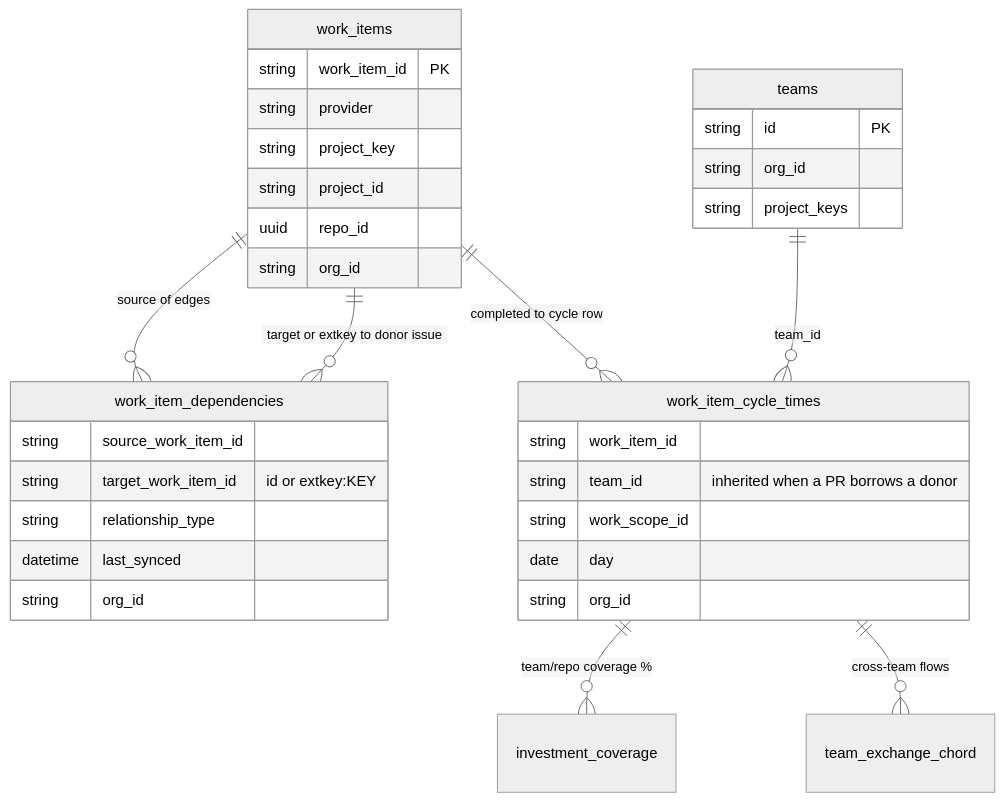
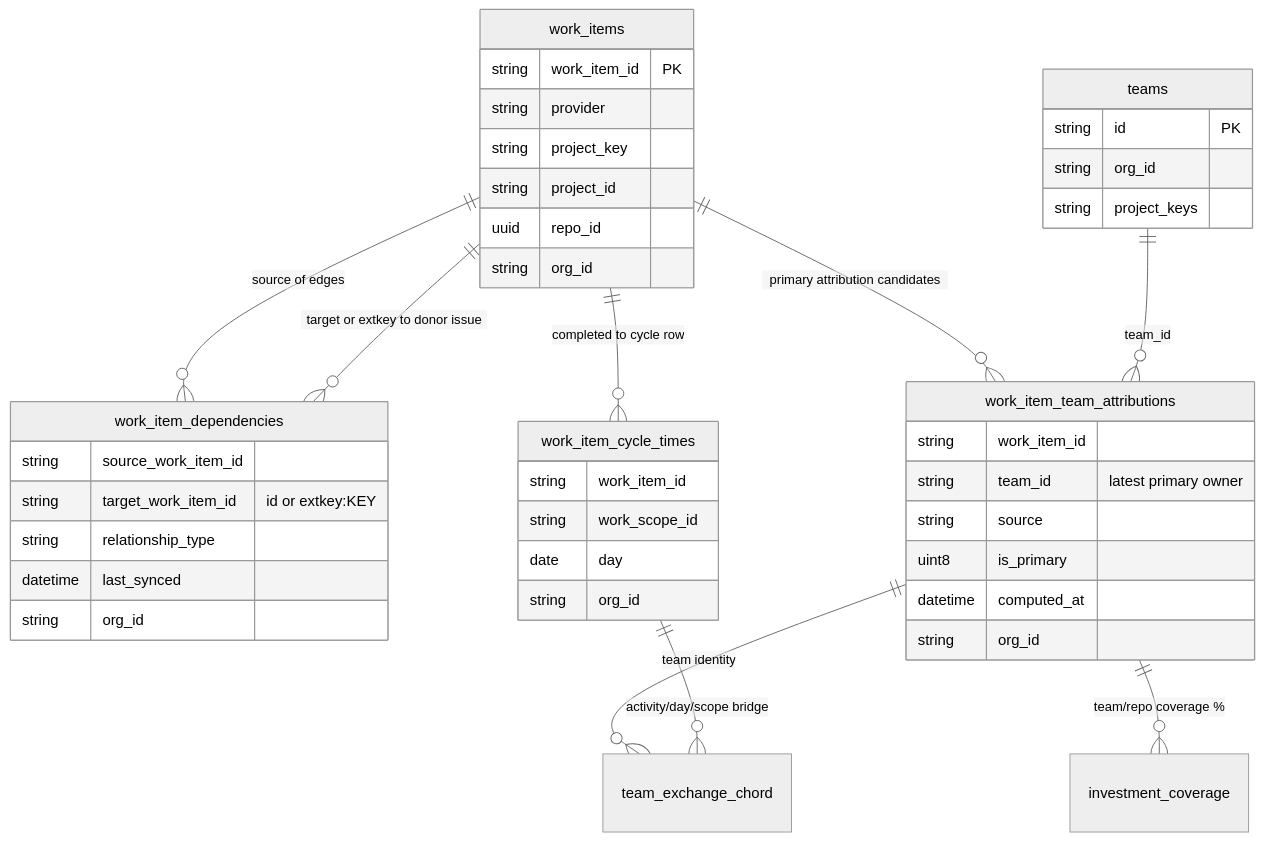
Before and after one commit to full-chaos/dev-health-ops: the fourth of 6 diagrams in docs/architecture/team-attribution.md, drawn with Mermaid (neutral theme). The commit also changed other lines of this file, not shown here.

Commit message:
docs(attribution): document latest primary WITA reads

````diff
--- a/docs/architecture/team-attribution.md
+++ b/docs/architecture/team-attribution.md
@@ -395,37 +400,46 @@
 ```mermaid
 erDiagram
     work_items ||--o{ work_item_dependencies : "source of edges"
     work_items ||--o{ work_item_cycle_times : "completed to cycle row"
+    work_items ||--o{ work_item_team_attributions : "primary attribution candidates"
     work_item_dependencies }o--|| work_items : "target or extkey to donor issue"
-    teams ||--o{ work_item_cycle_times : "team_id"
-    work_item_cycle_times ||--o{ investment_coverage : "team/repo coverage %"
-    work_item_cycle_times ||--o{ team_exchange_chord : "cross-team flows"
+    teams ||--o{ work_item_team_attributions : "team_id"
+    work_item_team_attributions ||--o{ investment_coverage : "team/repo coverage %"
+    work_item_team_attributions ||--o{ team_exchange_chord : "team identity"
+    work_item_cycle_times ||--o{ team_exchange_chord : "activity/day/scope bridge"
 
     work_items {
         string work_item_id PK
         string provider
         string project_key
         string project_id
         uuid   repo_id
         string org_id
     }
     work_item_dependencies {
         string source_work_item_id
         string target_work_item_id "id or extkey:KEY"
         string relationship_type
         datetime last_synced
         string org_id
     }
     work_item_cycle_times {
         string work_item_id
-        string team_id "inherited when a PR borrows a donor"
         string work_scope_id
         date   day
+        string org_id
+    }
+    work_item_team_attributions {
+        string work_item_id
+        string team_id "latest primary owner"
+        string source
+        uint8  is_primary
+        datetime computed_at
         string org_id
     }
     teams {
         string id PK
         string org_id
         string project_keys
     }
 ```
````
